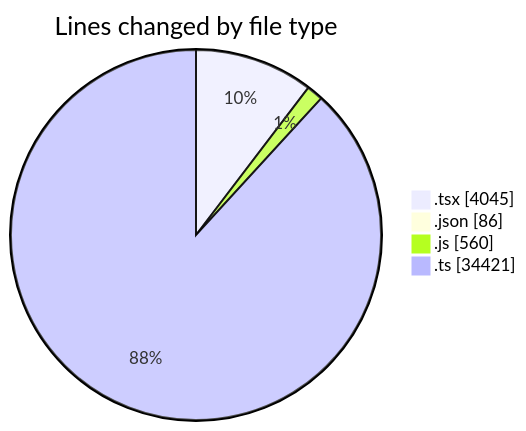
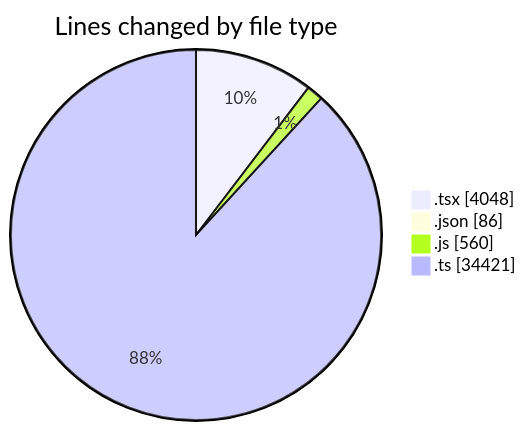
The first of 2 diagrams in 2025-11-10/cda/README.md (momahboobian/code-tracking), drawn with Mermaid before and after one commit. The commit also changed other lines of this file and 1 other file, not shown here.

````diff
--- a/2025-11-10/cda/README.md
+++ b/2025-11-10/cda/README.md
@@ -40,8 +40,8 @@
 ```mermaid
 pie showData
 title Lines changed by file type
-".tsx" : 4045
+".tsx" : 4048
 ".json" : 86
 ".js" : 560
 ".ts" : 34421
 ```
````
